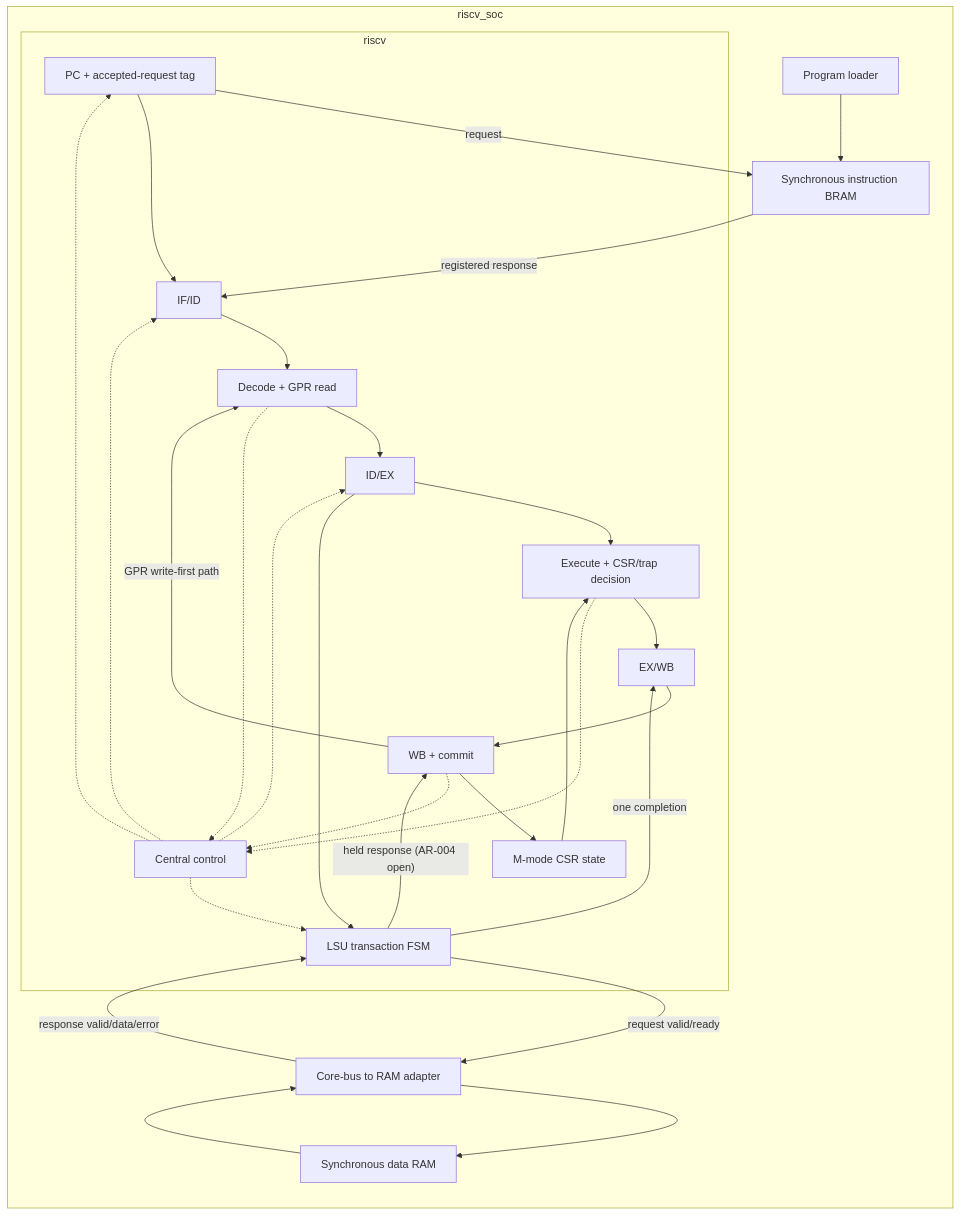
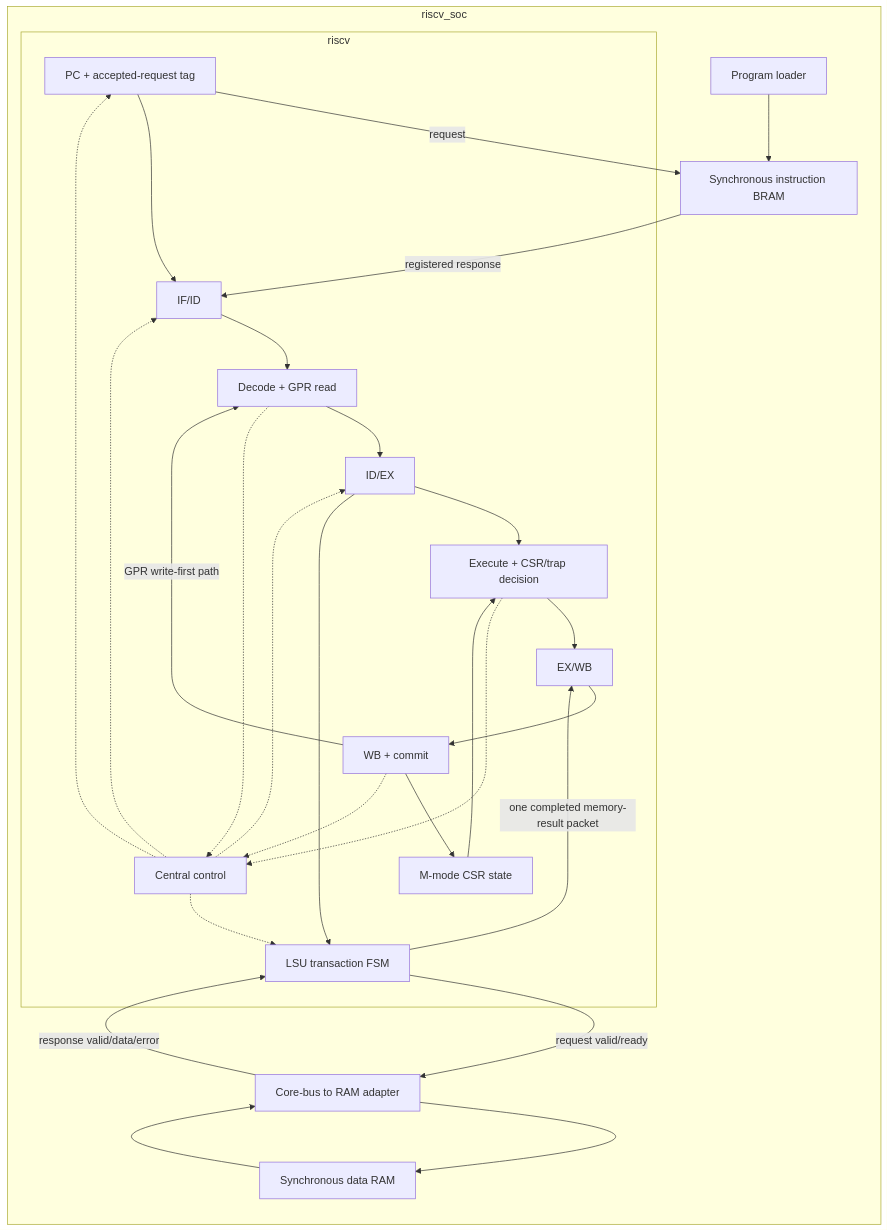
One commit to HeTPort/Rsicv-soc changed the first of 2 diagrams in doc/ARCHITECTURE_DESIGN_AND_DECISIONS.md. Above: the diagram before and after it, drawn with Mermaid. The commit also changed other lines of this file and 12 other files, not shown here.

````diff
--- a/doc/ARCHITECTURE_DESIGN_AND_DECISIONS.md
+++ b/doc/ARCHITECTURE_DESIGN_AND_DECISIONS.md
@@ -85,41 +85,40 @@
 ```mermaid
 flowchart LR
   subgraph SOC["riscv_soc"]
     LOAD["Program loader"]
     IBRAM["Synchronous instruction BRAM"]
     ADAPTER["Core-bus to RAM adapter"]
     DBRAM["Synchronous data RAM"]
 
     subgraph CPU["riscv"]
       FETCH["PC + accepted-request tag"]
       IFID["IF/ID"]
       DECODE["Decode + GPR read"]
       IDEX["ID/EX"]
       EXEC["Execute + CSR/trap decision"]
       LSU["LSU transaction FSM"]
       EXWB["EX/WB"]
       RETIRE["WB + commit"]
       CTRL["Central control"]
       CSR["M-mode CSR state"]
     end
   end
 
   LOAD --> IBRAM
   FETCH -->|"request"| IBRAM
   IBRAM -->|"registered response"| IFID
   FETCH --> IFID --> DECODE --> IDEX --> EXEC --> EXWB --> RETIRE
   IDEX --> LSU
   LSU -->|"request valid/ready"| ADAPTER --> DBRAM
   DBRAM --> ADAPTER -->|"response valid/data/error"| LSU
-  LSU -->|"one completion"| EXWB
-  LSU -->|"held response (AR-004 open)"| RETIRE
+  LSU -->|"one completed memory-result packet"| EXWB
   RETIRE -->|"GPR write-first path"| DECODE
   RETIRE --> CSR --> EXEC
   DECODE -.-> CTRL
   EXEC -.-> CTRL
   RETIRE -.-> CTRL
   CTRL -.-> FETCH
   CTRL -.-> IFID
   CTRL -.-> IDEX
   CTRL -.-> LSU
 ```
````
